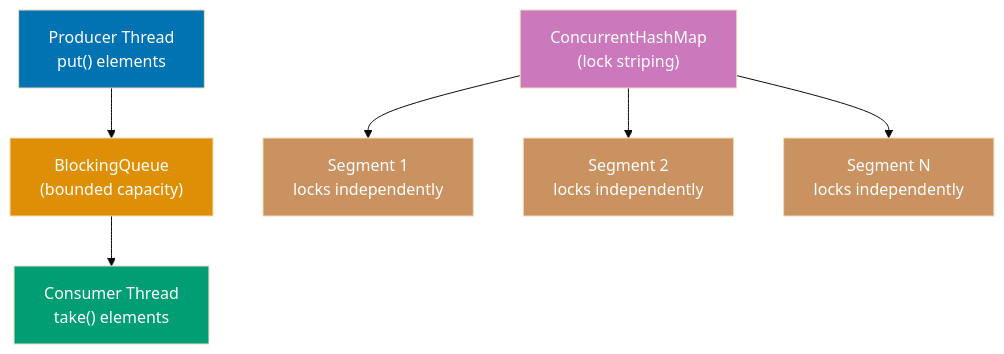
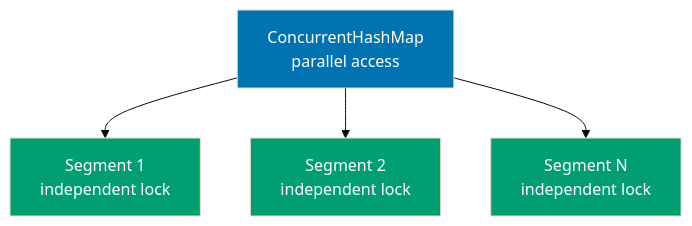
The second of 13 diagrams in apps/ayokoding-web/content/en/learn/software-engineering/programming-languages/java/tutorials/by-example/advanced.md (wahidyankf/open-sharia-enterprise), drawn with Mermaid (base theme) before and after one commit. The commit also changed other lines of this file and 86 other files, not shown here.

First line of the commit message:
feat(diagrams): implement TD default layout and diagram splitting for mobile

````diff
--- a/apps/ayokoding-web/content/en/learn/software-engineering/programming-languages/java/tutorials/by-example/advanced.md
+++ b/apps/ayokoding-web/content/en/learn/software-engineering/programming-languages/java/tutorials/by-example/advanced.md
@@ -30,18 +46,13 @@
 ```mermaid
 %% Color Palette: Blue #0173B2, Orange #DE8F05, Teal #029E73, Purple #CC78BC, Brown #CA9161
 graph TD
-    Producer["Producer Thread<br/>put() elements"] --> Queue["BlockingQueue<br/>(bounded capacity)"]
-    Queue --> Consumer["Consumer Thread<br/>take() elements"]
+    CHM["ConcurrentHashMap<br/>parallel access"]
+    CHM --> Segment1["Segment 1<br/>independent lock"]
+    CHM --> Segment2["Segment 2<br/>independent lock"]
+    CHM --> Segment3["Segment N<br/>independent lock"]
 
-    CHM["ConcurrentHashMap<br/>(lock striping)"] --> Segment1["Segment 1<br/>locks independently"]
-    CHM --> Segment2["Segment 2<br/>locks independently"]
-    CHM --> Segment3["Segment N<br/>locks independently"]
-
-    style Producer fill:#0173B2,color:#fff
-    style Queue fill:#DE8F05,color:#fff
-    style Consumer fill:#029E73,color:#fff
-    style CHM fill:#CC78BC,color:#fff
-    style Segment1 fill:#CA9161,color:#fff
-    style Segment2 fill:#CA9161,color:#fff
-    style Segment3 fill:#CA9161,color:#fff
+    style CHM fill:#0173B2,color:#fff
+    style Segment1 fill:#029E73,color:#fff
+    style Segment2 fill:#029E73,color:#fff
+    style Segment3 fill:#029E73,color:#fff
 ```
````
